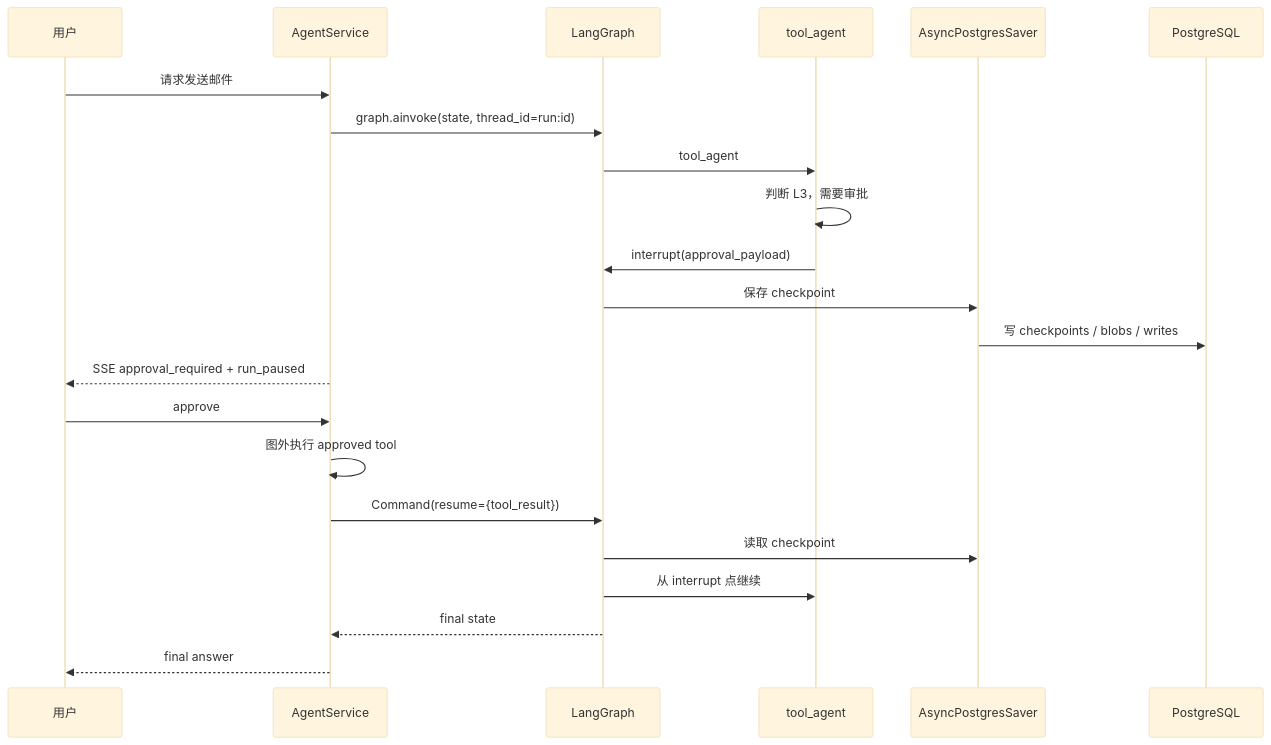
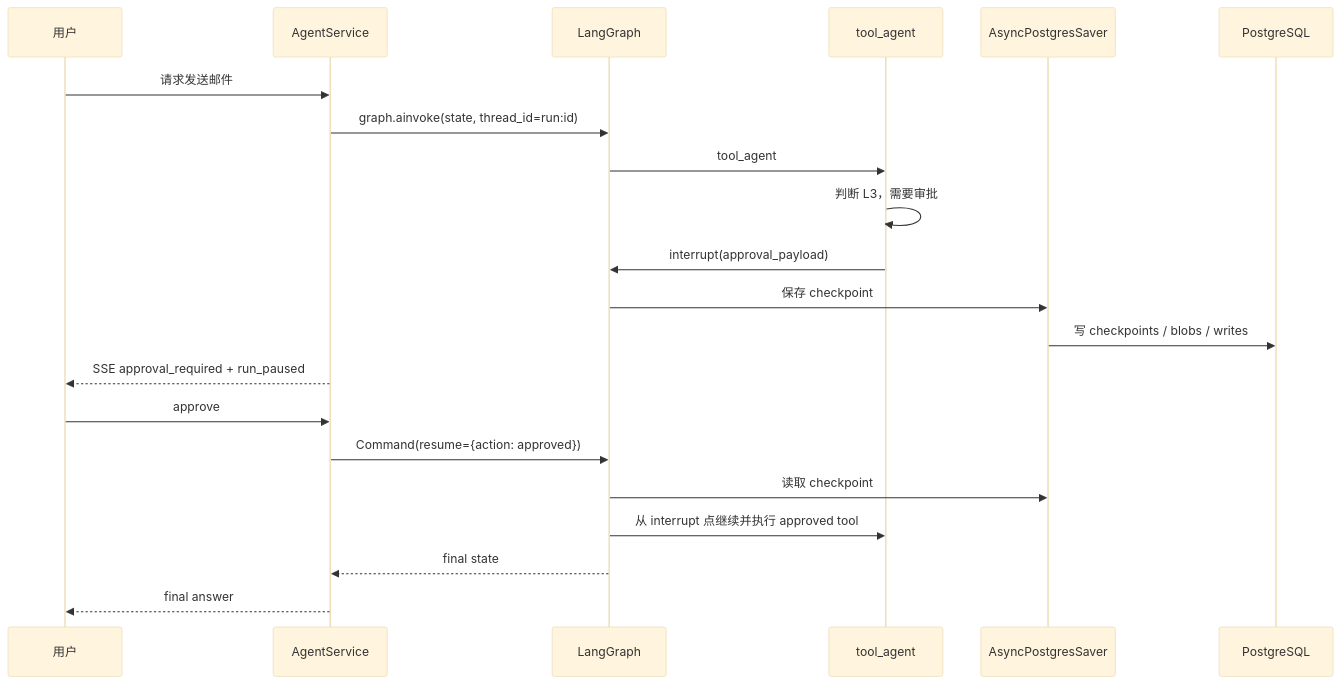
The seventh of 27 diagrams in agent面试.md (Ordish-cell/InsightGap-Agent), drawn with Mermaid (base theme) before and after one commit. The commit also changed other lines of this file and 28 other files, not shown here.

````diff
--- a/agent面试.md
+++ b/agent面试.md
@@ -501,25 +528,24 @@
 ```mermaid
 sequenceDiagram
     participant User as 用户
     participant AS as AgentService
     participant G as LangGraph
     participant TA as tool_agent
     participant CP as AsyncPostgresSaver
     participant DB as PostgreSQL
 
     User->>AS: 请求发送邮件
     AS->>G: graph.ainvoke(state, thread_id=run:id)
     G->>TA: tool_agent
     TA->>TA: 判断 L3，需要审批
     TA->>G: interrupt(approval_payload)
     G->>CP: 保存 checkpoint
     CP->>DB: 写 checkpoints / blobs / writes
     AS-->>User: SSE approval_required + run_paused
     User->>AS: approve
-    AS->>AS: 图外执行 approved tool
-    AS->>G: Command(resume={tool_result})
+    AS->>G: Command(resume={action: approved})
     G->>CP: 读取 checkpoint
-    G->>TA: 从 interrupt 点继续
+    G->>TA: 从 interrupt 点继续并执行 approved tool
     G-->>AS: final state
     AS-->>User: final answer
 ```
````
